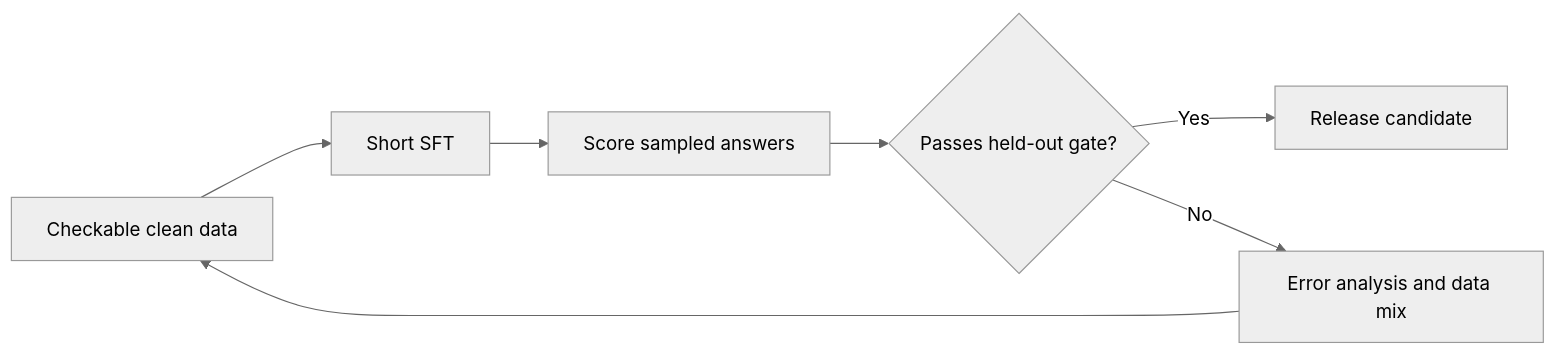
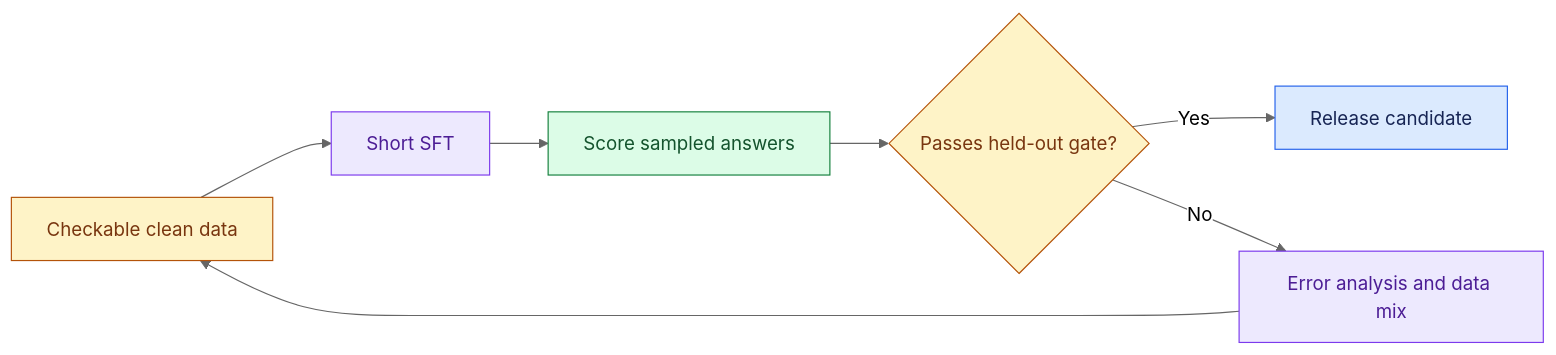
One commit to Sourav692/Forward-Deployed-Engineer-Interview-Prep changed the diagram in site/content/modules/15-fde-case-studies/model-development/model-development-and-post-training/intro.md. Above: the diagram before and after it, drawn with Mermaid (neutral theme). The commit also changed other lines of this file and 1268 other files, not shown here.

First line of the commit message:
content: polish Casebook writing and Mermaid diagrams (#251)

````diff
--- a/site/content/modules/15-fde-case-studies/model-development/model-development-and-post-training/intro.md
+++ b/site/content/modules/15-fde-case-studies/model-development/model-development-and-post-training/intro.md
@@ -15,9 +17,19 @@
 ```mermaid
 flowchart LR
   A[Checkable clean data] --> B[Short SFT]
   B --> C[Score sampled answers]
   C --> D{Passes held-out gate?}
   D -->|Yes| E[Release candidate]
   D -->|No| F[Error analysis and data mix]
   F --> A
+
+    %% Casebook colours: entry, reasoning, results, controls, and stopped paths.
+    classDef cbPolicy fill:#fef3c7,stroke:#b45309,color:#78350f
+    class A,D cbPolicy
+    classDef cbReason fill:#ede9fe,stroke:#7c3aed,color:#4c1d95
+    class B,F cbReason
+    classDef cbAction fill:#dcfce7,stroke:#15803d,color:#14532d
+    class C cbAction
+    classDef cbInput fill:#dbeafe,stroke:#2563eb,color:#172554
+    class E cbInput
 ```
````
